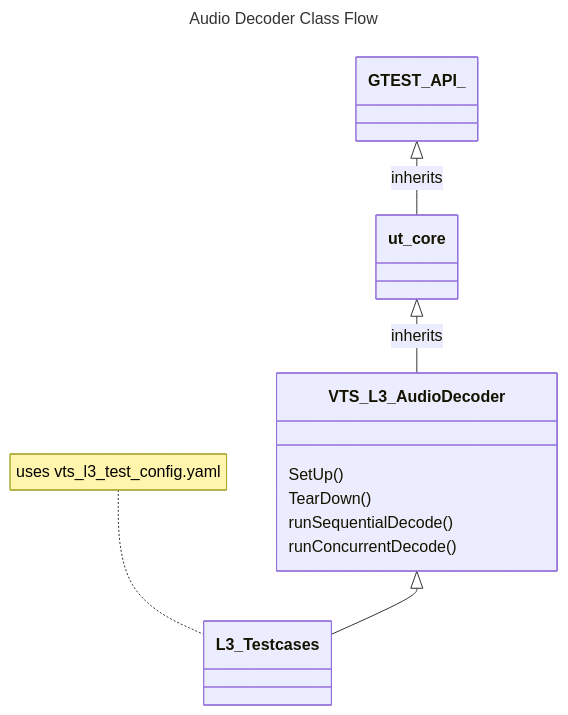
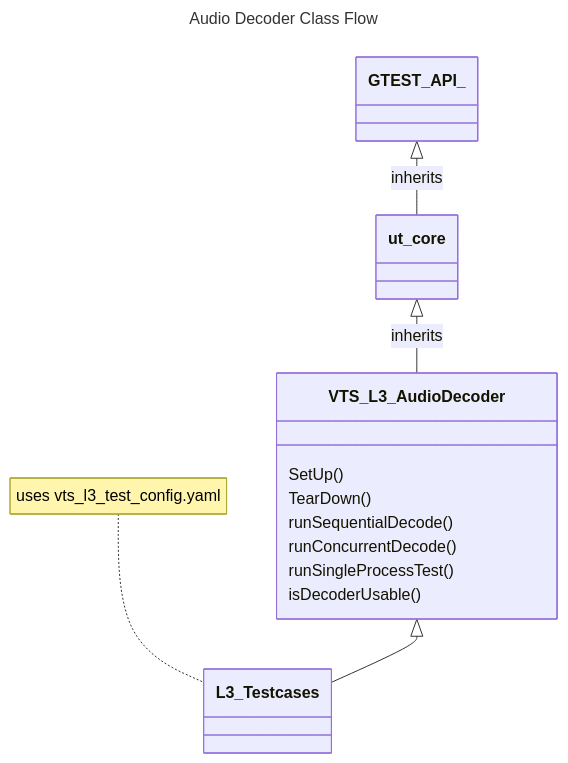
Before and after one commit to davidkoo-brcm/rdk-halif-aidl-test-audiodecoder: the first of 8 diagrams in docs/pages/audioDecoder_L3_Low-Level_TestSpecification.md, drawn with Mermaid. The commit also changed other lines of this file, not shown here.

````diff
--- a/docs/pages/audioDecoder_L3_Low-Level_TestSpecification.md
+++ b/docs/pages/audioDecoder_L3_Low-Level_TestSpecification.md
@@ -193,16 +193,18 @@
 ```mermaid
 ---
 title: Audio Decoder Class Flow
 ---
 classDiagram
     GTEST_API_ <|-- ut_core : inherits
     ut_core <|-- VTS_L3_AudioDecoder : inherits
     class VTS_L3_AudioDecoder{
       SetUp()
       TearDown()
       runSequentialDecode()
       runConcurrentDecode()
+      runSingleProcessTest()
+      isDecoderUsable()
     }
     VTS_L3_AudioDecoder <|-- L3_Testcases
     note for L3_Testcases "uses vts_l3_test_config.yaml"
 ```
````
